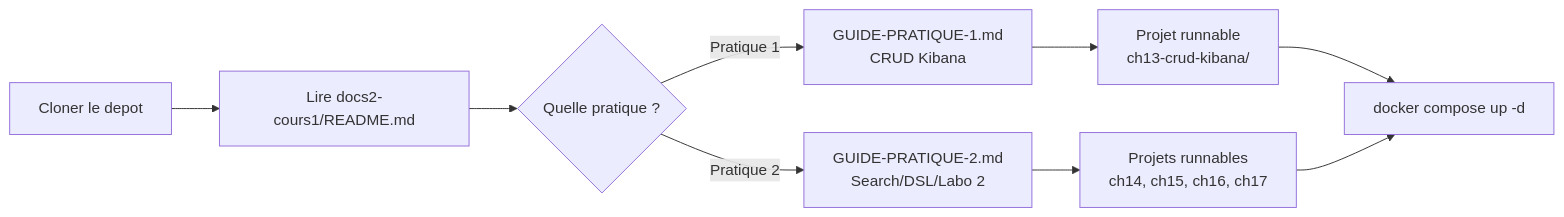
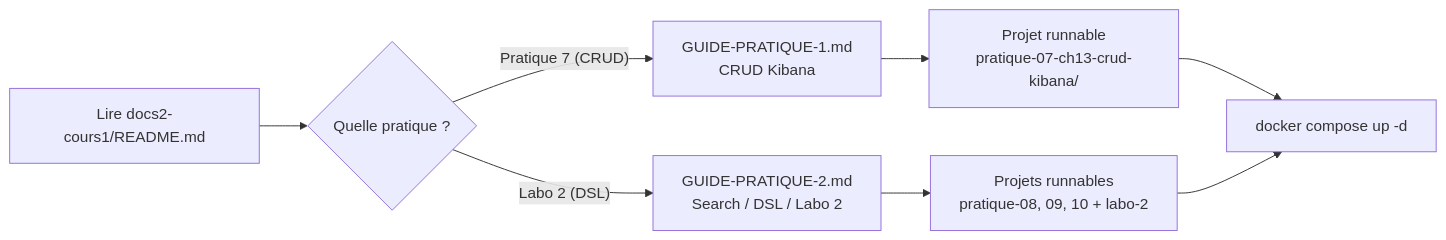
The diagram in README.md (haythem-rehouma/Elastic-Search-0), drawn with Mermaid before and after one commit. The commit also changed other lines of this file and 49 other files, not shown here.

````diff
--- a/README.md
+++ b/README.md
@@ -30,11 +30,10 @@
 ```mermaid
 flowchart LR
-    A[Cloner le depot] --> B[Lire docs2-cours1/README.md]
-    B --> C{Quelle pratique ?}
-    C -->|Pratique 1| D[GUIDE-PRATIQUE-1.md<br/>CRUD Kibana]
-    C -->|Pratique 2| E[GUIDE-PRATIQUE-2.md<br/>Search/DSL/Labo 2]
-    D --> F[Projet runnable<br/>ch13-crud-kibana/]
-    E --> G[Projets runnables<br/>ch14, ch15, ch16, ch17]
-    F --> H[docker compose up -d]
+    B["Lire docs2-cours1/README.md"] --> C{"Quelle pratique ?"}
+    C -->|"Pratique 7 (CRUD)"| D["GUIDE-PRATIQUE-1.md<br/>CRUD Kibana"]
+    C -->|"Labo 2 (DSL)"| E["GUIDE-PRATIQUE-2.md<br/>Search / DSL / Labo 2"]
+    D --> F["Projet runnable<br/>pratique-07-ch13-crud-kibana/"]
+    E --> G["Projets runnables<br/>pratique-08, 09, 10 + labo-2"]
+    F --> H["docker compose up -d"]
     G --> H
 ```
````
